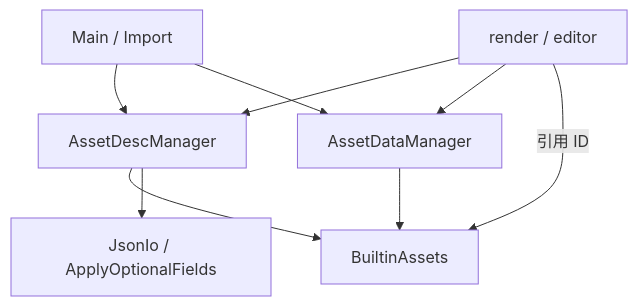
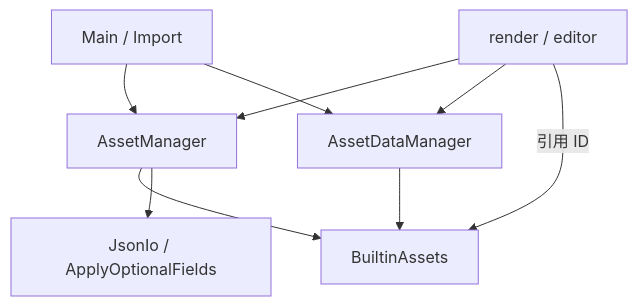
The diagram in src/asset/README.md (Tao-Mai/RenderLab), drawn with Mermaid before and after one commit. The commit also changed other lines of this file and 98 other files, not shown here.

````diff
--- a/src/asset/README.md
+++ b/src/asset/README.md
@@ -3,17 +3,17 @@
 ```mermaid
 flowchart TB
     CLI[Main / Import]
     App[render / editor]
-    DescMgr[AssetDescManager]
+    AssetMgr[AssetManager]
     DataMgr[AssetDataManager]
     Builtin[BuiltinAssets]
     Serde[JsonIo / ApplyOptionalFields]
-    CLI --> DescMgr
+    CLI --> AssetMgr
     CLI --> DataMgr
-    App --> DescMgr
+    App --> AssetMgr
     App --> DataMgr
     App -->|引用 ID| Builtin
-    DescMgr --> Builtin
-    DescMgr --> Serde
+    AssetMgr --> Builtin
+    AssetMgr --> Serde
     DataMgr --> Builtin
 ```
````
